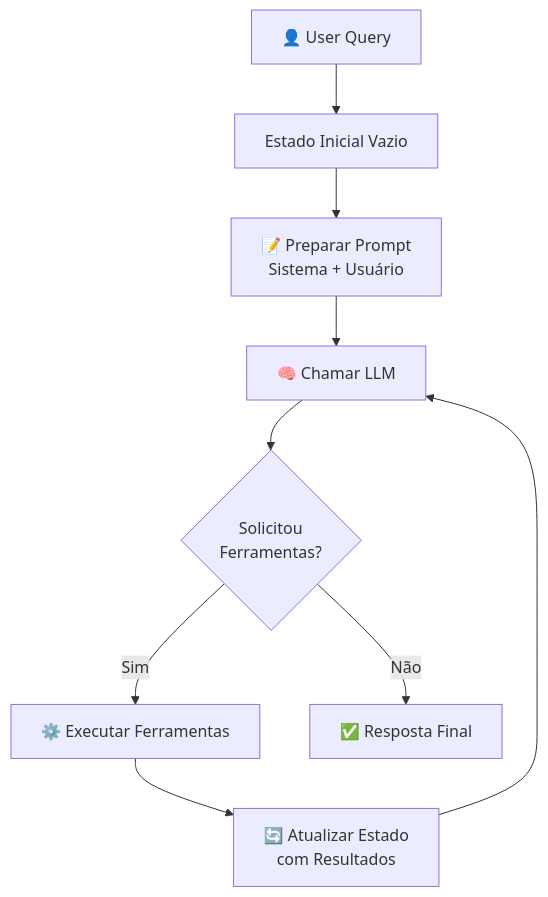
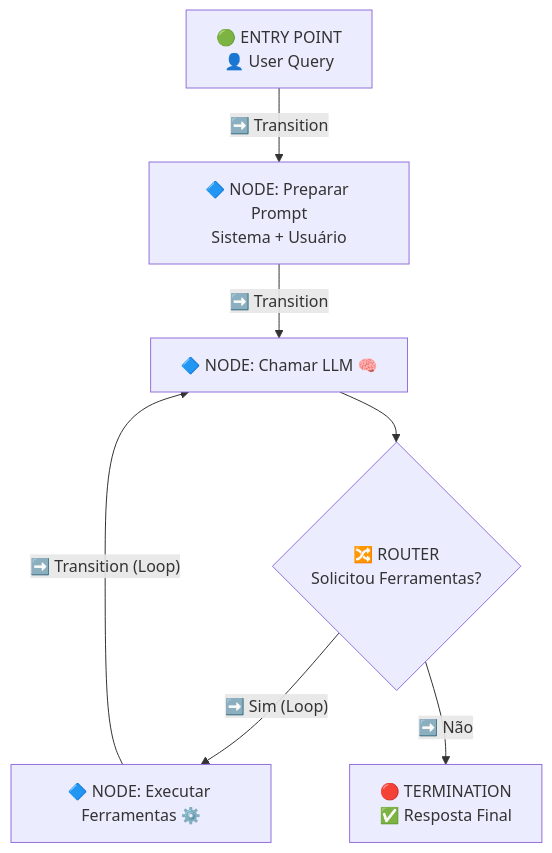
One commit to lelascarnevali/Udacity_Agentic_AI changed the first of 2 diagrams in 3_Building_Agents/docs/03-agent-state-management.md. Above: the diagram before and after it, drawn with Mermaid. The commit also changed other lines of this file and 4 other files, not shown here.

````diff
--- a/3_Building_Agents/docs/03-agent-state-management.md
+++ b/3_Building_Agents/docs/03-agent-state-management.md
@@ -62,11 +72,9 @@
 ```mermaid
 flowchart TD
-    A["👤 User Query"] --> B["Estado Inicial Vazio"]
-    B --> C["📝 Preparar Prompt\nSistema + Usuário"]
-    C --> D["🧠 Chamar LLM"]
-    D --> E{"Solicitou\nFerramentas?"}
-    E -->|Sim| F["⚙️ Executar Ferramentas"]
-    F --> G["🔄 Atualizar Estado\ncom Resultados"]
-    G --> D
-    E -->|Não| H["✅ Resposta Final"]
+    A["🟢 ENTRY POINT\n👤 User Query"] -->|"➡️ Transition"| B["🔷 NODE: Preparar Prompt\nSistema + Usuário"]
+    B -->|"➡️ Transition"| C["🔷 NODE: Chamar LLM 🧠"]
+    C --> D{"🔀 ROUTER\nSolicitou Ferramentas?"}
+    D -->|"➡️ Sim (Loop)"| E["🔷 NODE: Executar Ferramentas ⚙️"]
+    E -->|"➡️ Transition (Loop)"| C
+    D -->|"➡️ Não"| F["🔴 TERMINATION\n✅ Resposta Final"]
 ```
````
